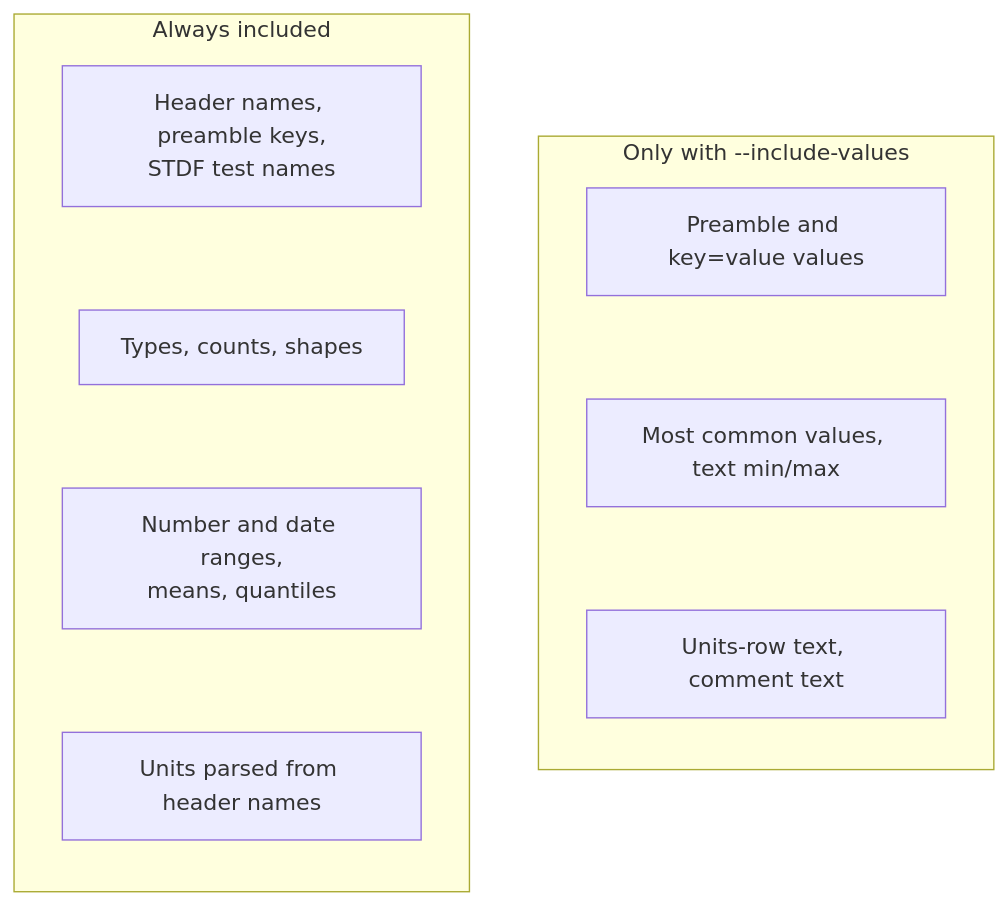
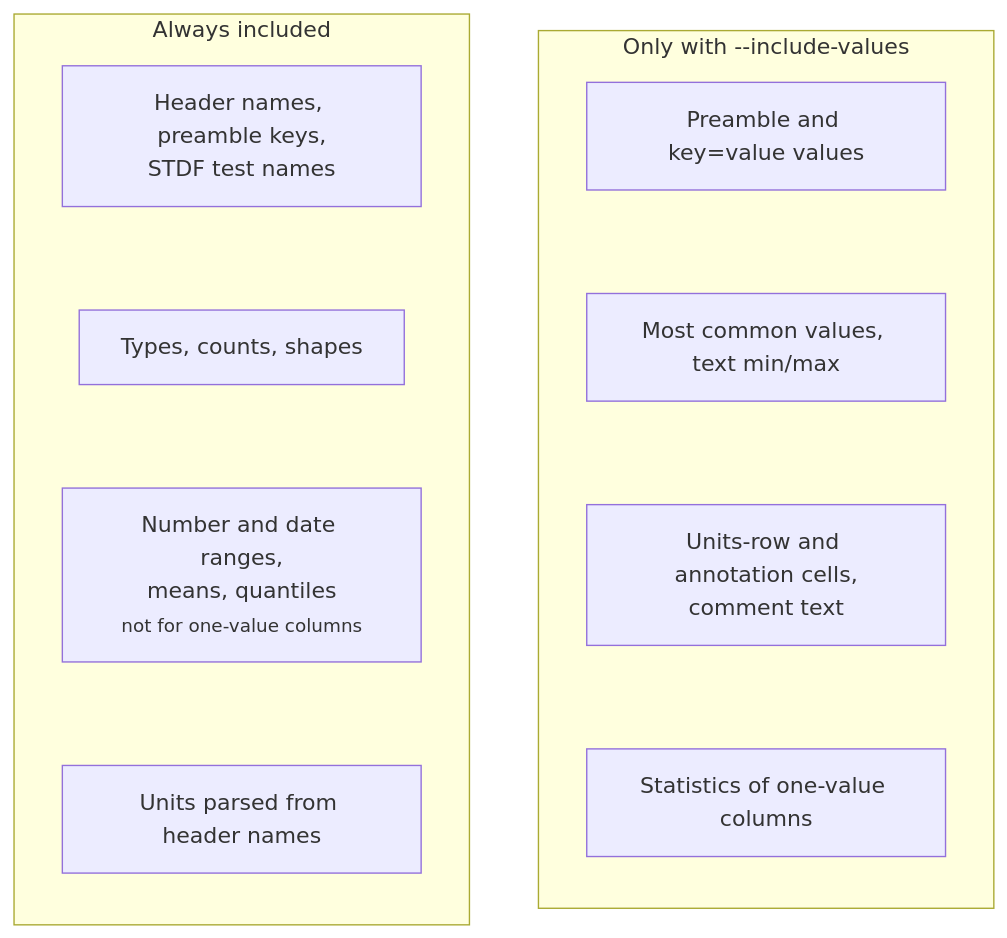
Before and after one commit to squalor-xyz/squalify: the sixth of 10 diagrams in docs/how-it-works.md, drawn with Mermaid. The commit also changed other lines of this file and 34 other files, not shown here.

First line of the commit message:
Sample-data review: adopt findings into roadmap and design

````diff
--- a/docs/how-it-works.md
+++ b/docs/how-it-works.md
@@ -93,19 +102,20 @@
 ```mermaid
 flowchart LR
     subgraph always["Always included"]
         direction TB
         A1["Header names, preamble keys,<br/>STDF test names"]
         A2["Types, counts, shapes"]
-        A3["Number and date ranges,<br/>means, quantiles"]
+        A3["Number and date ranges,<br/>means, quantiles<br/><small>not for one-value columns</small>"]
         A4["Units parsed from header names"]
         A1 ~~~ A2 ~~~ A3 ~~~ A4
     end
     subgraph optin["Only with --include-values"]
         direction TB
         O1["Preamble and key=value values"]
         O2["Most common values, text min/max"]
-        O3["Units-row text, comment text"]
-        O1 ~~~ O2 ~~~ O3
+        O3["Units-row and annotation cells,<br/>comment text"]
+        O4["Statistics of one-value columns"]
+        O1 ~~~ O2 ~~~ O3 ~~~ O4
     end
     always ~~~ optin
 ```
````
